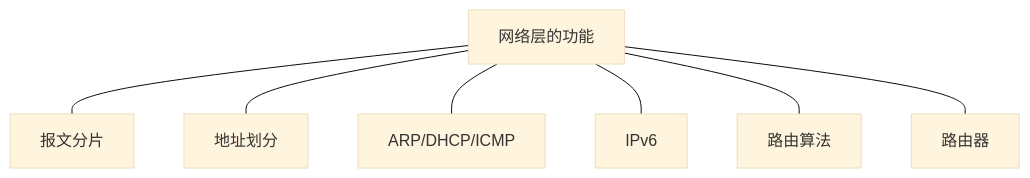
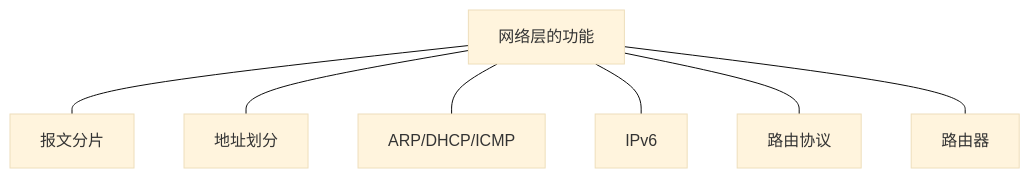
Before and after one commit to yyx-dev/yyx-dev.github.io: the second of 4 diagrams in docs/408/4-计算机网络.md, drawn with Mermaid (base theme). The commit also changed other lines of this file and 2 other files, not shown here.

````diff
--- a/docs/408/4-计算机网络.md
+++ b/docs/408/4-计算机网络.md
@@ -463,4 +463,4 @@
 ```mermaid
 graph TD
-  网络层的功能 --- 报文分片 & 地址划分 & ARP/DHCP/ICMP & IPv6 & 路由算法 & 路由器
+  网络层的功能 --- 报文分片 & 地址划分 & ARP/DHCP/ICMP & IPv6 & 路由协议 & 路由器
 ```
````
